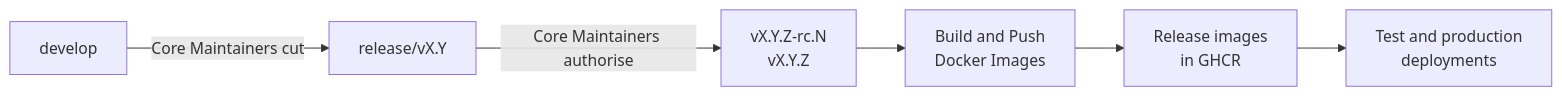
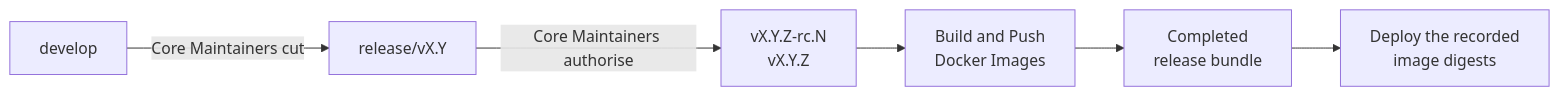
One commit to eneo-ai/eneo changed the diagram in frontend/apps/docs-site/src/content/contributing/governance.mdx. Above: the diagram before and after it, drawn with Mermaid. The commit also changed other lines of this file and 7 other files, not shown here.

````diff
--- a/frontend/apps/docs-site/src/content/contributing/governance.mdx
+++ b/frontend/apps/docs-site/src/content/contributing/governance.mdx
@@ -189,8 +189,8 @@
 ```mermaid
 flowchart LR
   D["develop"] -->|"Core Maintainers cut"| R["release/vX.Y"]
   R -->|"Core Maintainers authorise"| T["vX.Y.Z-rc.N<br/>vX.Y.Z"]
   T --> B["Build and Push<br/>Docker Images"]
-  B --> I["Release images<br/>in GHCR"]
-  I --> E["Test and production<br/>deployments"]
+  B --> I["Completed<br/>release bundle"]
+  I --> E["Deploy the recorded<br/>image digests"]
 ```
````
